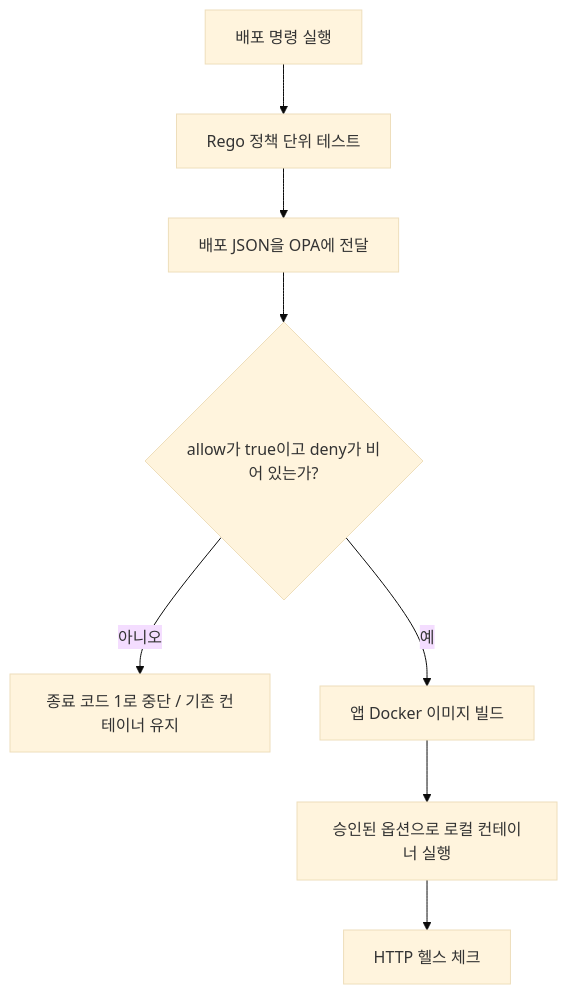
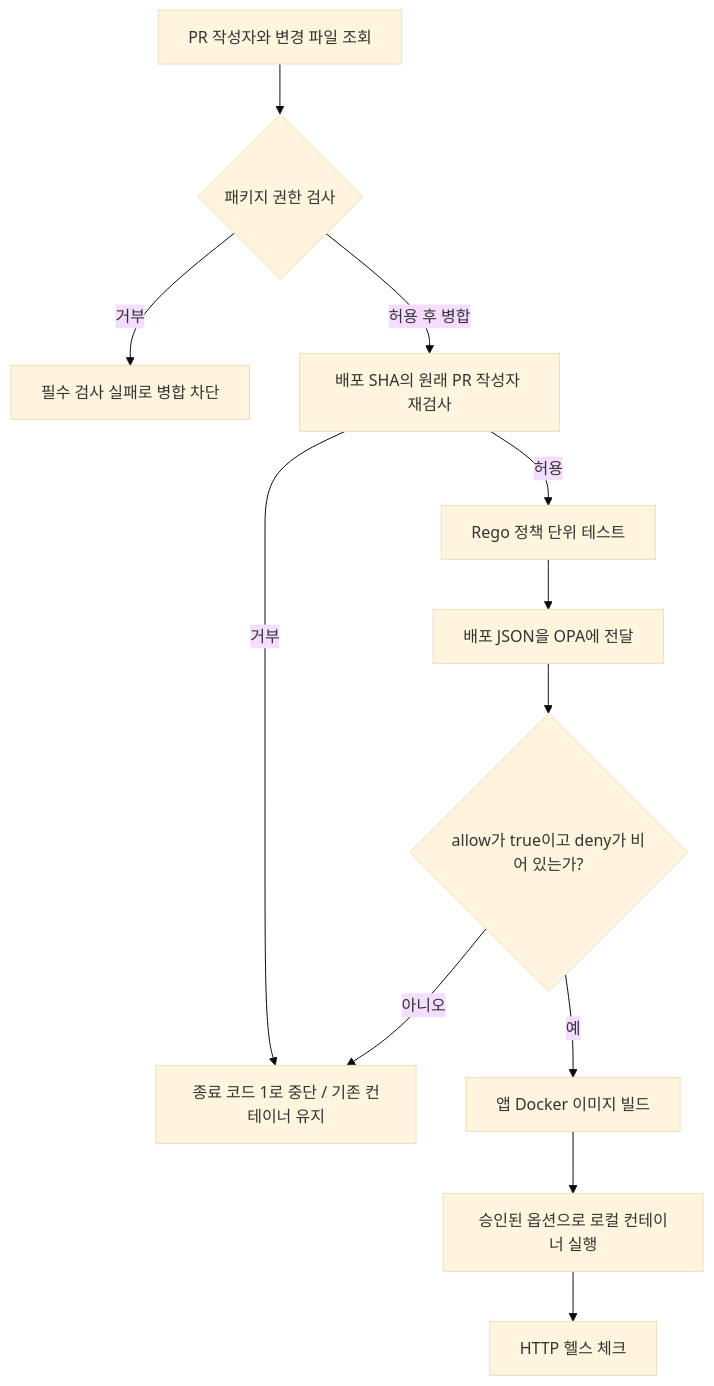
Before and after one commit to leeggmin/opa: the diagram in README.md, drawn with Mermaid (base theme). The commit also changed other lines of this file and 997 other files, not shown here.

````diff
--- a/README.md
+++ b/README.md
@@ -11,10 +16,14 @@
 ```mermaid
 flowchart TD
-     A[배포 명령 실행] --> B[Rego 정책 단위 테스트]
+     P[PR 작성자와 변경 파일 조회] --> Q{패키지 권한 검사}
+     Q -->|거부| R[필수 검사 실패로 병합 차단]
+     Q -->|허용 후 병합| A[배포 SHA의 원래 PR 작성자 재검사]
+     A -->|거부| E[종료 코드 1로 중단 / 기존 컨테이너 유지]
+     A -->|허용| B[Rego 정책 단위 테스트]
      B --> C[배포 JSON을 OPA에 전달]
      C --> D{allow가 true이고 deny가 비어 있는가?}
      D -->|아니오| E[종료 코드 1로 중단 / 기존 컨테이너 유지]
      D -->|예| F[앱 Docker 이미지 빌드]
      F --> G[승인된 옵션으로 로컬 컨테이너 실행]
      G --> H[HTTP 헬스 체크]
 ```
````
